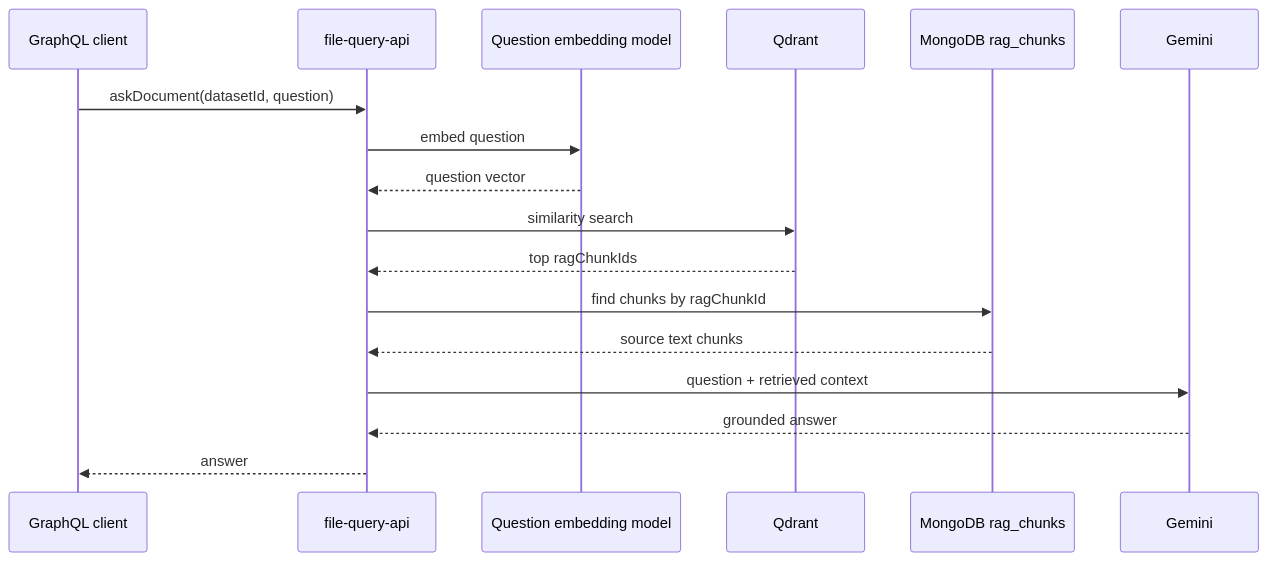
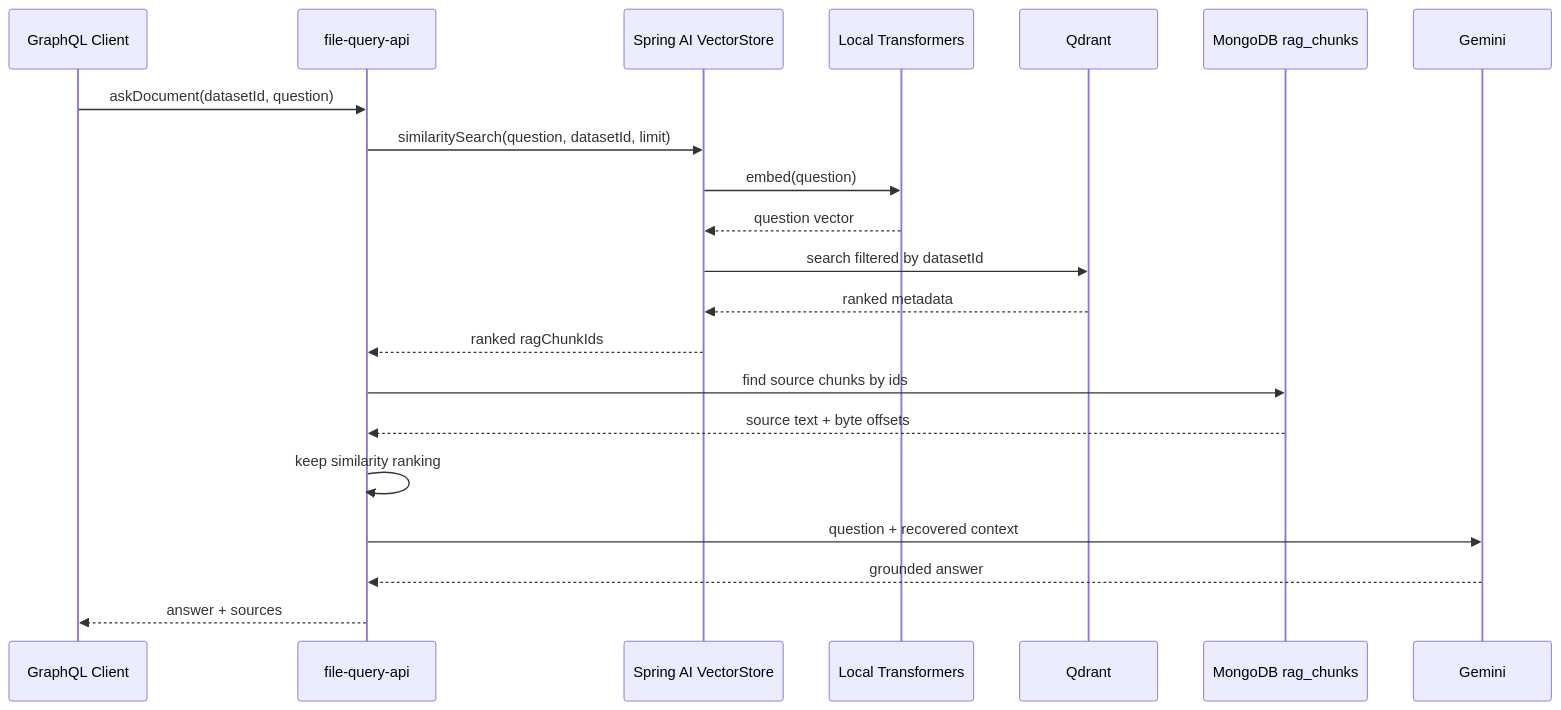
One commit to hmeclazcke/reactive-rag-document-processor changed the fourth of 4 diagrams in README.md. Above: the diagram before and after it, drawn with Mermaid. The commit also changed other lines of this file, not shown here.

Commit message:
docs: simplify README for completed RAG flow

````diff
--- a/README.md
+++ b/README.md
@@ -135,20 +181,24 @@
 ```mermaid
 sequenceDiagram
-    participant Client as GraphQL client
+    participant Client as GraphQL Client
     participant API as file-query-api
-    participant Embed as Question embedding model
+    participant VectorStore as Spring AI VectorStore
+    participant Embed as Local Transformers
     participant Qdrant as Qdrant
     participant Mongo as MongoDB rag_chunks
     participant Gemini as Gemini
 
     Client->>API: askDocument(datasetId, question)
-    API->>Embed: embed question
-    Embed-->>API: question vector
-    API->>Qdrant: similarity search
-    Qdrant-->>API: top ragChunkIds
-    API->>Mongo: find chunks by ragChunkId
-    Mongo-->>API: source text chunks
-    API->>Gemini: question + retrieved context
+    API->>VectorStore: similaritySearch(question, datasetId, limit)
+    VectorStore->>Embed: embed(question)
+    Embed-->>VectorStore: question vector
+    VectorStore->>Qdrant: search filtered by datasetId
+    Qdrant-->>VectorStore: ranked metadata
+    VectorStore-->>API: ranked ragChunkIds
+    API->>Mongo: find source chunks by ids
+    Mongo-->>API: source text + byte offsets
+    API->>API: keep similarity ranking
+    API->>Gemini: question + recovered context
     Gemini-->>API: grounded answer
-    API-->>Client: answer
+    API-->>Client: answer + sources
 ```
````
